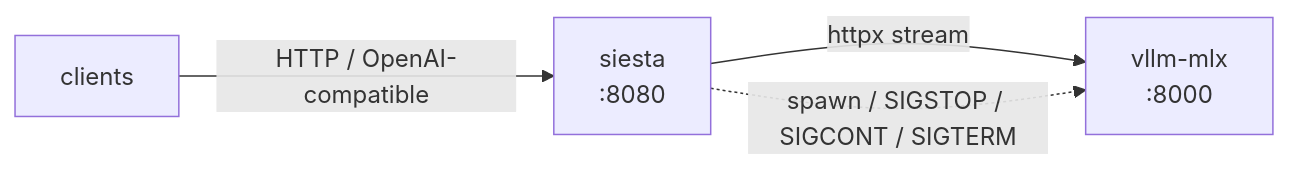
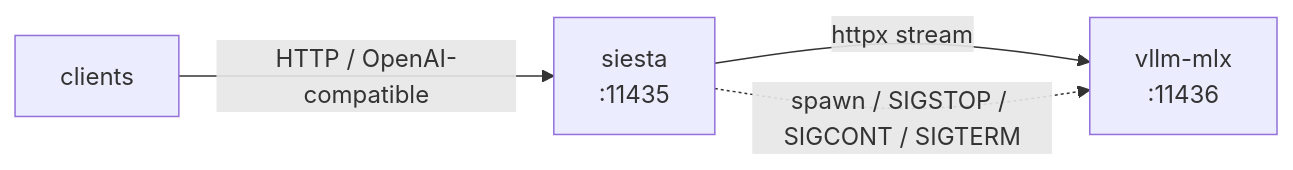
The second of 2 diagrams in README.md (axiomantic/vllm-mlx-siesta), drawn with Mermaid before and after one commit. The commit also changed other lines of this file and 3 other files, not shown here.

````diff
--- a/README.md
+++ b/README.md
@@ -100,6 +100,6 @@
 ```mermaid
 flowchart LR
-    C[clients] -->|HTTP / OpenAI-compatible| S[siesta<br/>:8080]
-    S -->|httpx stream| U[vllm-mlx<br/>:8000]
+    C[clients] -->|HTTP / OpenAI-compatible| S[siesta<br/>:11435]
+    S -->|httpx stream| U[vllm-mlx<br/>:11436]
     S -. spawn / SIGSTOP / SIGCONT / SIGTERM .-> U
 ```
````
